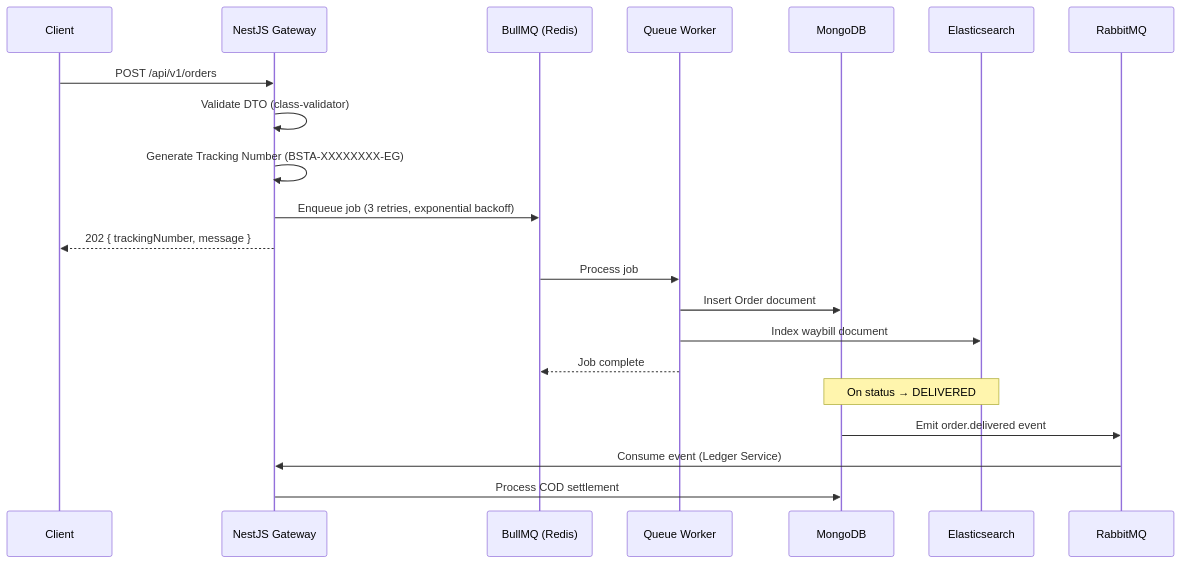
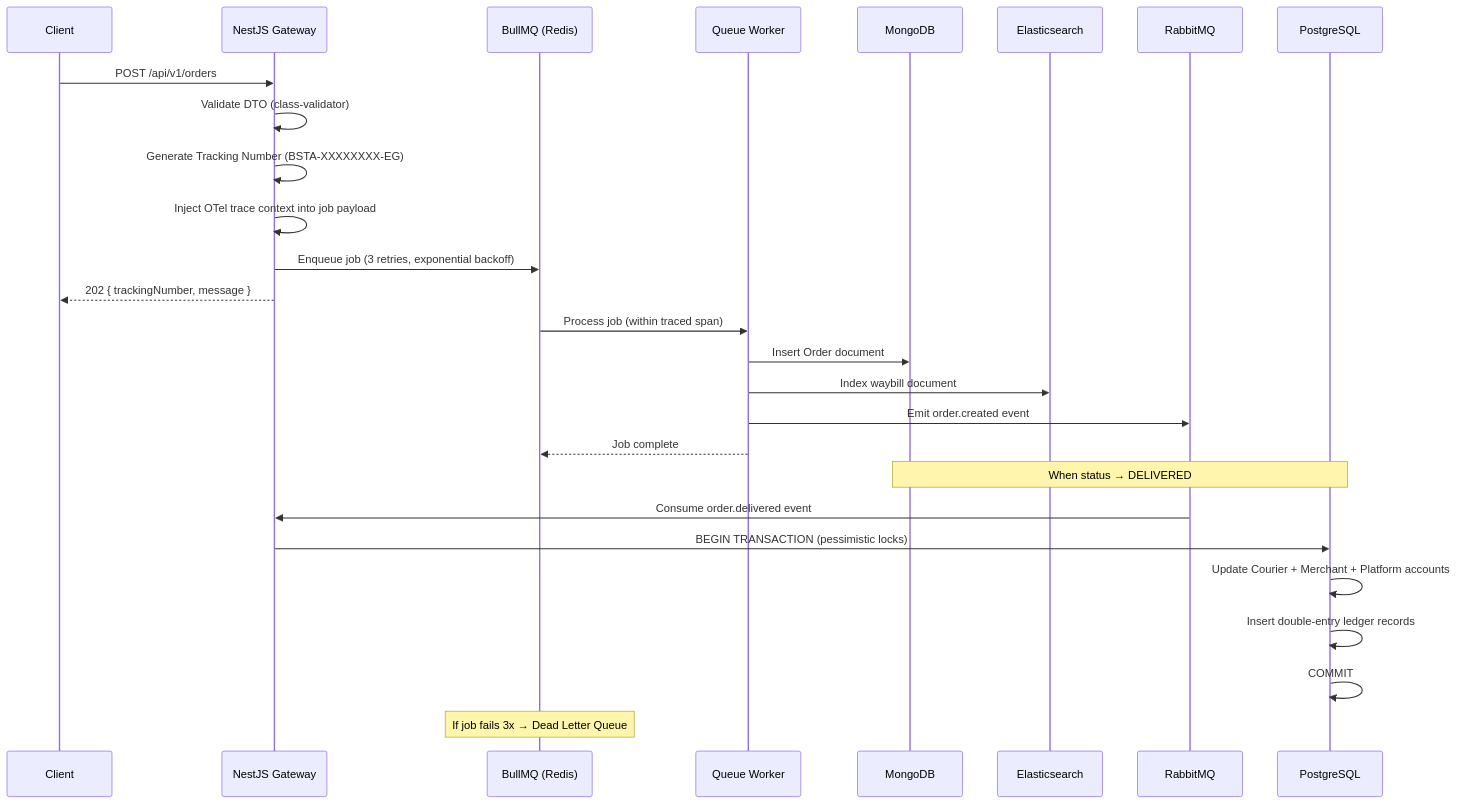
Before and after one commit to mo74x/Fleetpulse: the second of 11 diagrams in README.md, drawn with Mermaid. The commit also changed other lines of this file and 2 other files, not shown here.

````diff
--- a/README.md
+++ b/README.md
@@ -109,26 +151,33 @@
 ```mermaid
 sequenceDiagram
     participant Client
     participant API as NestJS Gateway
     participant Queue as BullMQ (Redis)
     participant Worker as Queue Worker
     participant DB as MongoDB
     participant ES as Elasticsearch
     participant MQ as RabbitMQ
+    participant Ledger as PostgreSQL
 
     Client->>API: POST /api/v1/orders
     API->>API: Validate DTO (class-validator)
     API->>API: Generate Tracking Number (BSTA-XXXXXXXX-EG)
+    API->>API: Inject OTel trace context into job payload
     API->>Queue: Enqueue job (3 retries, exponential backoff)
     API-->>Client: 202 { trackingNumber, message }
 
-    Queue->>Worker: Process job
+    Queue->>Worker: Process job (within traced span)
     Worker->>DB: Insert Order document
     Worker->>ES: Index waybill document
+    Worker->>MQ: Emit order.created event
     Worker-->>Queue: Job complete
 
-    Note over DB,ES: On status → DELIVERED
-    DB->>MQ: Emit order.delivered event
-    MQ->>API: Consume event (Ledger Service)
-    API->>DB: Process COD settlement
+    Note over DB,Ledger: When status → DELIVERED
+    MQ->>API: Consume order.delivered event
+    API->>Ledger: BEGIN TRANSACTION (pessimistic locks)
+    Ledger->>Ledger: Update Courier + Merchant + Platform accounts
+    Ledger->>Ledger: Insert double-entry ledger records
+    Ledger->>Ledger: COMMIT
+
+    Note over Queue: If job fails 3x → Dead Letter Queue
 ```
````
